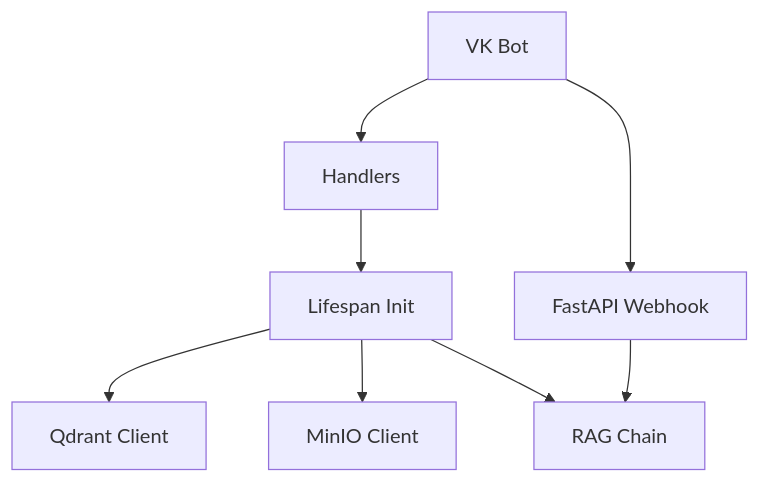
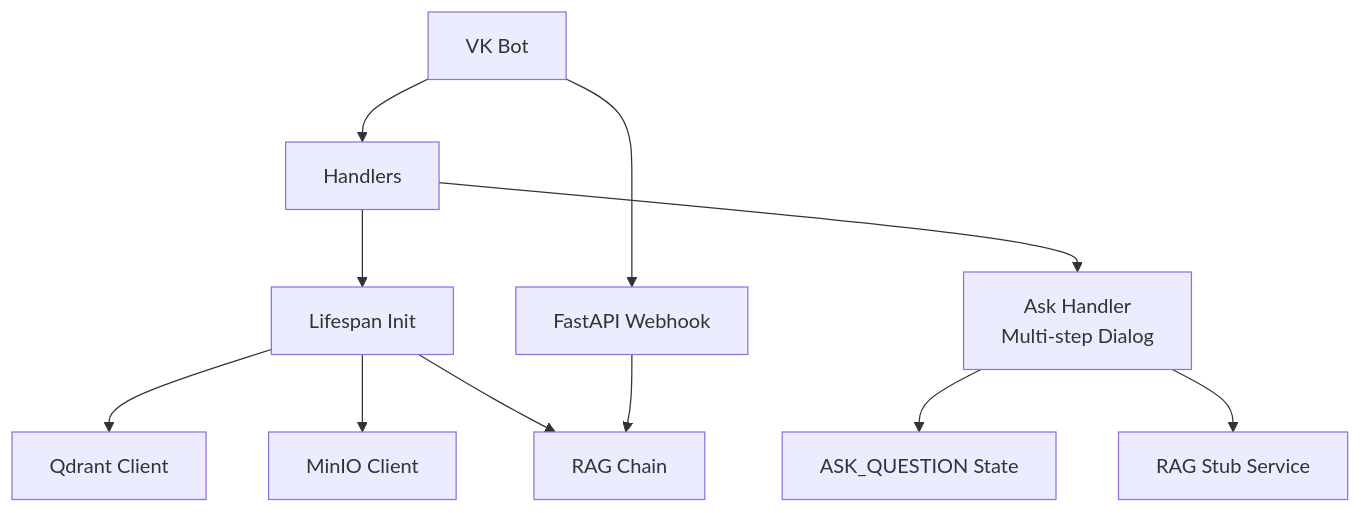
Diagram 11 of 12 in .qoder/repowiki/en/content/RAG Integration.md (ognelis/cafetera_hr_bot), drawn with Mermaid before and after one commit. The commit also changed other lines of this file and 15 other files, not shown here.

````diff
--- a/.qoder/repowiki/en/content/RAG Integration.md
+++ b/.qoder/repowiki/en/content/RAG Integration.md
@@ -369,10 +476,13 @@
 ```mermaid
 graph TB
 Bot["VK Bot"] --> Handlers["Handlers"]
 Handlers --> Lifespan["Lifespan Init"]
 Lifespan --> Qdrant["Qdrant Client"]
 Lifespan --> MinIO["MinIO Client"]
 Lifespan --> Chain["RAG Chain"]
 Bot --> Webhook["FastAPI Webhook"]
 Webhook --> Chain
+Handlers --> AskHandler["Ask Handler<br/>Multi-step Dialog"]
+AskHandler --> States["ASK_QUESTION State"]
+AskHandler --> RagStub["RAG Stub Service"]
 ```
````
